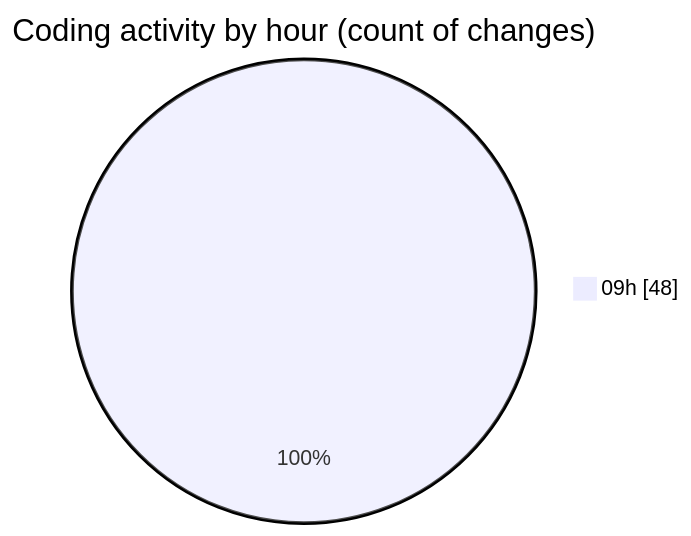
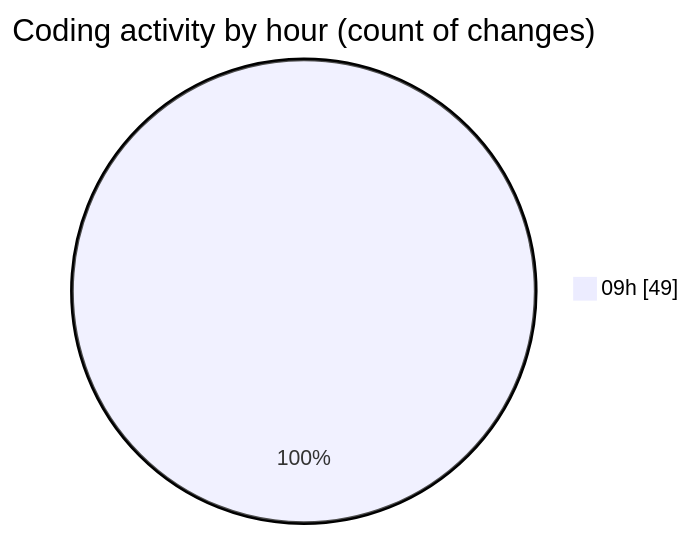
One commit to momahboobian/code-tracking changed the second of 2 diagrams in 2026-08-10/cda/README.md. Above: the diagram before and after it, drawn with Mermaid. The commit also changed other lines of this file and 1 other file, not shown here.

````diff
--- a/2026-08-10/cda/README.md
+++ b/2026-08-10/cda/README.md
@@ -32,5 +32,5 @@
 ```mermaid
 pie showData
 title Coding activity by hour (count of changes)
-"09h" : 48
+"09h" : 49
 ```
````
